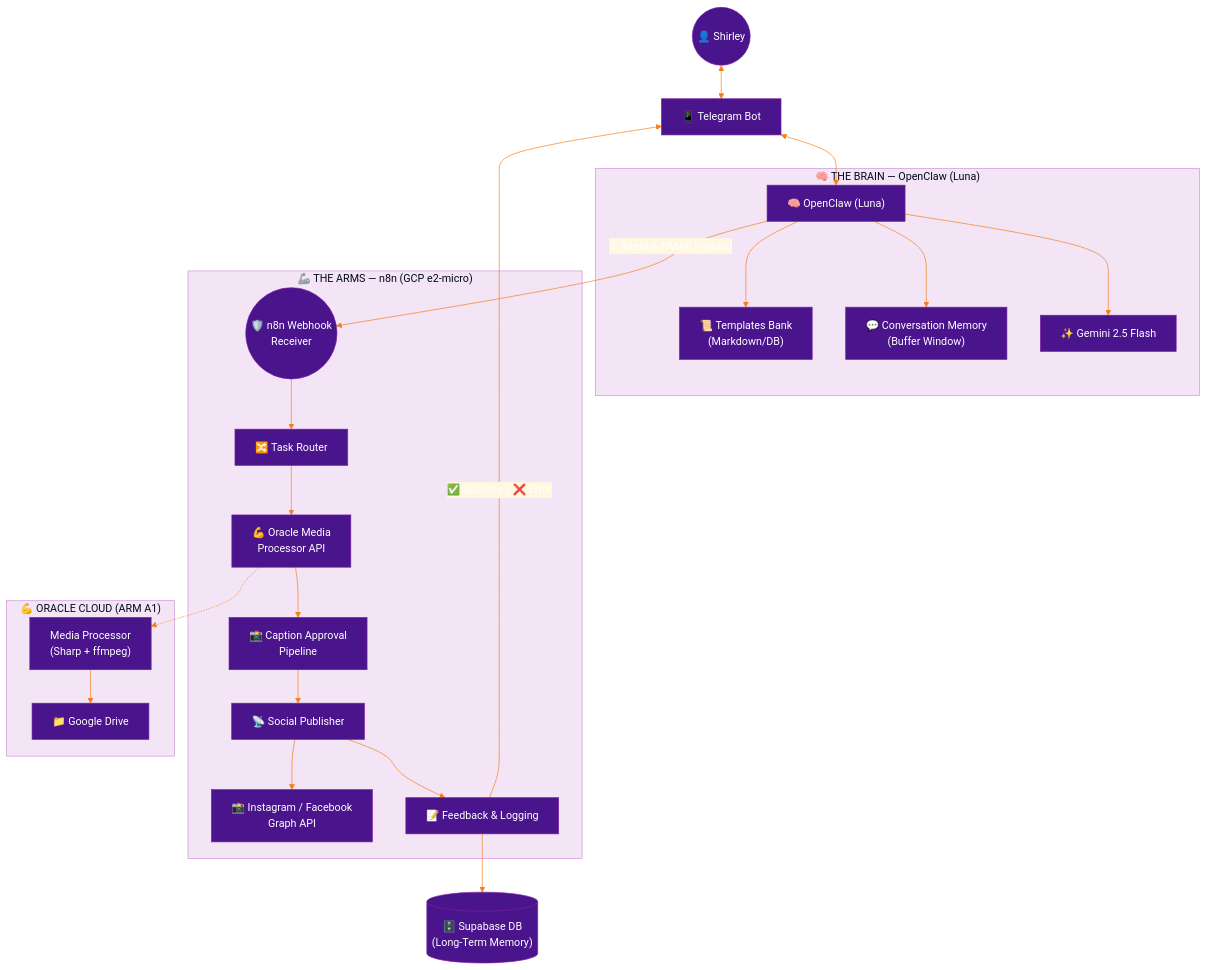
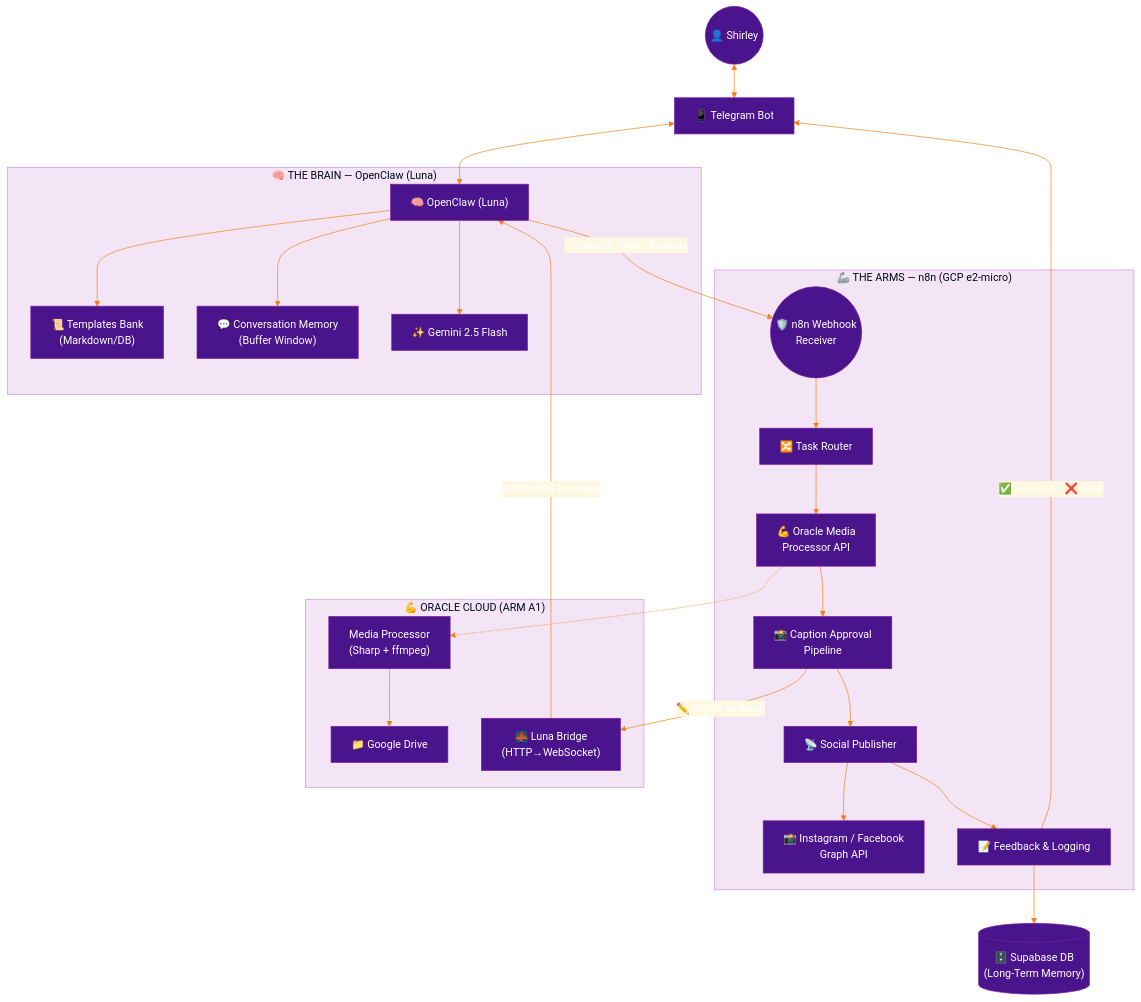
The first of 3 diagrams in specs/architecture.md (aleocampodev/LobsterMarketing), drawn with Mermaid before and after one commit. The commit also changed other lines of this file and 14 other files, not shown here.

````diff
--- a/specs/architecture.md
+++ b/specs/architecture.md
@@ -75,46 +86,49 @@
 ```mermaid
 %%{init: {'theme': 'base', 'themeVariables': {
   'primaryColor': '#4A148C',
   'primaryTextColor': '#fff',
   'primaryBorderColor': '#7B1FA2',
   'lineColor': '#F57F17',
   'secondaryColor': '#FFD54F',
   'tertiaryColor': '#FFF8E1',
   'mainBkg': '#4A148C',
   'nodeBorder': '#7B1FA2',
   'clusterBkg': '#F3E5F5',
   'clusterBorder': '#CE93D8',
   'edgeLabelBackground': '#FFF8E1'
 }}}%%
 graph TD
     User(("👤 Shirley")) <--> Telegram["📱 Telegram Bot"]
     Telegram <--> Brain["🧠 OpenClaw (Luna)"]
 
     subgraph BrainSub["🧠 THE BRAIN — OpenClaw (Luna)"]
         Brain --> Templates["📜 Templates Bank<br/>(Markdown/DB)"]
         Brain --> Memory["💬 Conversation Memory<br/>(Buffer Window)"]
         Brain --> LLM["✨ Gemini 2.5 Flash"]
     end
 
     Brain -- "① Intent & HMAC Payload" --> Webhook(("🛡️ n8n Webhook<br/>Receiver"))
 
     subgraph ArmsSub["🦾 THE ARMS — n8n (GCP e2-micro)"]
         Webhook --> Router["🔀 Task Router"]
         Router --> Oracle["💪 Oracle Media<br/>Processor API"]
         Oracle --> Approval["📸 Caption Approval<br/>Pipeline"]
         Approval --> SPW["📡 Social Publisher"]
         SPW --> Meta["📸 Instagram / Facebook<br/>Graph API"]
         SPW --> FLW["📝 Feedback & Logging"]
     end
 
     subgraph OracleSub["💪 ORACLE CLOUD (ARM A1)"]
         OracleAPI["Media Processor<br/>(Sharp + ffmpeg)"]
         OracleDrive["📁 Google Drive"]
+        Bridge["🌉 Luna Bridge<br/>(HTTP→WebSocket)"]
     end
 
     Oracle -.-> OracleAPI
     OracleAPI --> OracleDrive
+    Approval -- "✏️ Adjust callback" --> Bridge
+    Bridge -- "WebSocket message" --> Brain
 
     FLW --> Supabase[("🗄️ Supabase DB<br/>(Long-Term Memory)")]
     FLW -- "✅ Success / ❌ Error" --> Telegram
 ```
````
